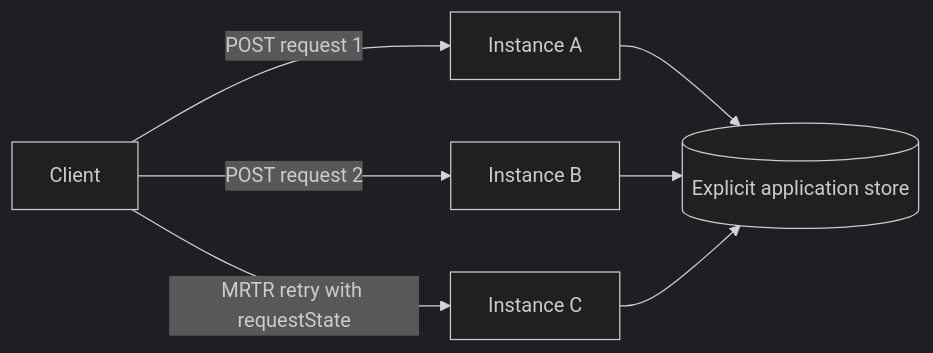
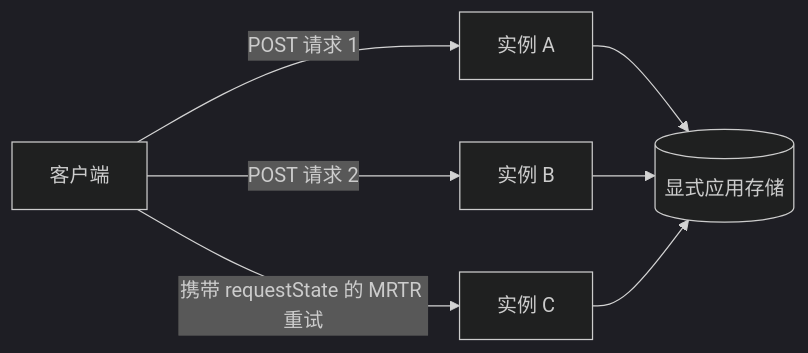
One commit to fancyboi999/ai-engineering-from-scratch-zh changed the third of 3 diagrams in certifications/claude/lessons/11-mcp-server-design-and-integration/docs/zh.md. Above: the diagram before and after it, drawn with Mermaid (dark theme). The commit also changed other lines of this file and 67 other files, not shown here.

````diff
--- a/certifications/claude/lessons/11-mcp-server-design-and-integration/docs/zh.md
+++ b/certifications/claude/lessons/11-mcp-server-design-and-integration/docs/zh.md
@@ -353,9 +353,9 @@
 ```mermaid
 flowchart LR
-    C[Client] -->|POST request 1| A[Instance A]
-    C -->|POST request 2| B[Instance B]
-    C -->|MRTR retry with requestState| C2[Instance C]
-    A --> Store[(Explicit application store)]
+    C[客户端] -->|POST 请求 1| A[实例 A]
+    C -->|POST 请求 2| B[实例 B]
+    C -->|携带 requestState 的 MRTR 重试| C2[实例 C]
+    A --> Store[(显式应用存储)]
     B --> Store
     C2 --> Store
 ```
````
